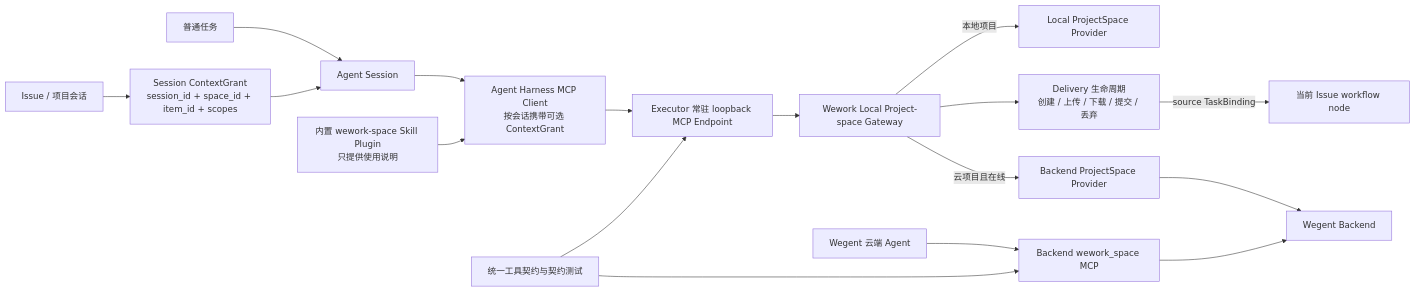
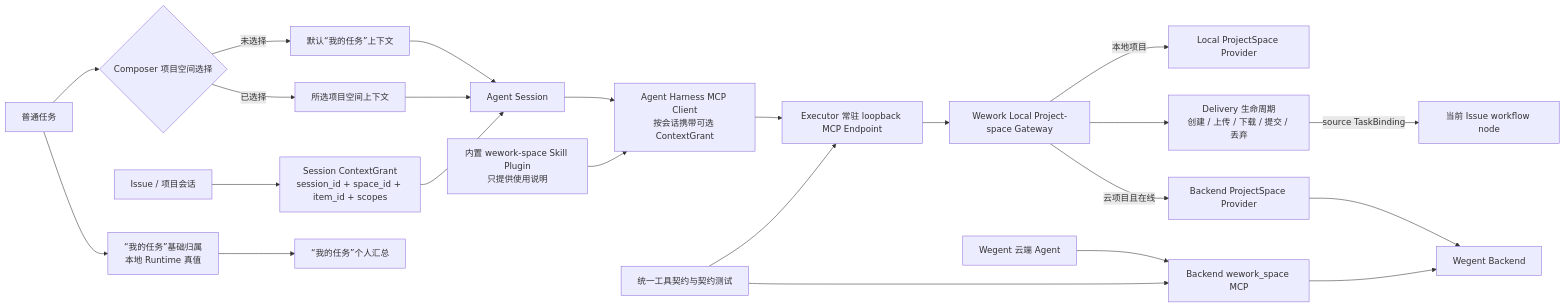
Before and after one commit to wecode-ai/Wegent: the first of 2 diagrams in docs/zh/architecture/project-space-agent-capability.md, drawn with Mermaid. The commit also changed other lines of this file and 13 other files, not shown here.

````diff
--- a/docs/zh/architecture/project-space-agent-capability.md
+++ b/docs/zh/architecture/project-space-agent-capability.md
@@ -9,19 +9,25 @@
 ```mermaid
 flowchart LR
     ISSUE[Issue / 项目会话] --> GRANT[Session ContextGrant<br/>session_id + space_id + item_id + scopes]
-    GENERIC[普通任务] --> SESSION[Agent Session]
+    GENERIC[普通任务] --> MY_TASKS[“我的任务”基础归属<br/>本地 Runtime 真值]
+    GENERIC --> ROUTE{Composer 项目空间选择}
+    ROUTE -->|未选择| DEFAULT_CONTEXT[默认“我的任务”上下文]
+    ROUTE -->|已选择| SELECTED[所选项目空间上下文]
+    DEFAULT_CONTEXT --> SESSION[Agent Session]
+    SELECTED --> SESSION
+    MY_TASKS --> MY_WORK[“我的任务”个人汇总]
     GRANT --> SESSION
     SESSION --> CLIENT[Agent Harness MCP Client<br/>按会话携带可选 ContextGrant]
     CLIENT --> ENDPOINT[Executor 常驻 loopback MCP Endpoint]
     PLUGIN[内置 wework-space Skill Plugin<br/>只提供使用说明] --> CLIENT
     ENDPOINT --> GATEWAY[Wework Local Project-space Gateway]
     GATEWAY -->|本地项目| LOCAL[Local ProjectSpace Provider]
     GATEWAY -->|云项目且在线| REMOTE[Backend ProjectSpace Provider]
     REMOTE --> BACKEND[Wegent Backend]
     GATEWAY --> DELIVERY[Delivery 生命周期<br/>创建 / 上传 / 下载 / 提交 / 丢弃]
     DELIVERY -->|source TaskBinding| ISSUE_STAGE[当前 Issue workflow node]
     CLOUD[Wegent 云端 Agent] --> BACKEND_MCP[Backend wework_space MCP]
     BACKEND_MCP --> BACKEND
     CONTRACT[统一工具契约与契约测试] --> ENDPOINT
     CONTRACT --> BACKEND_MCP
 ```
````
